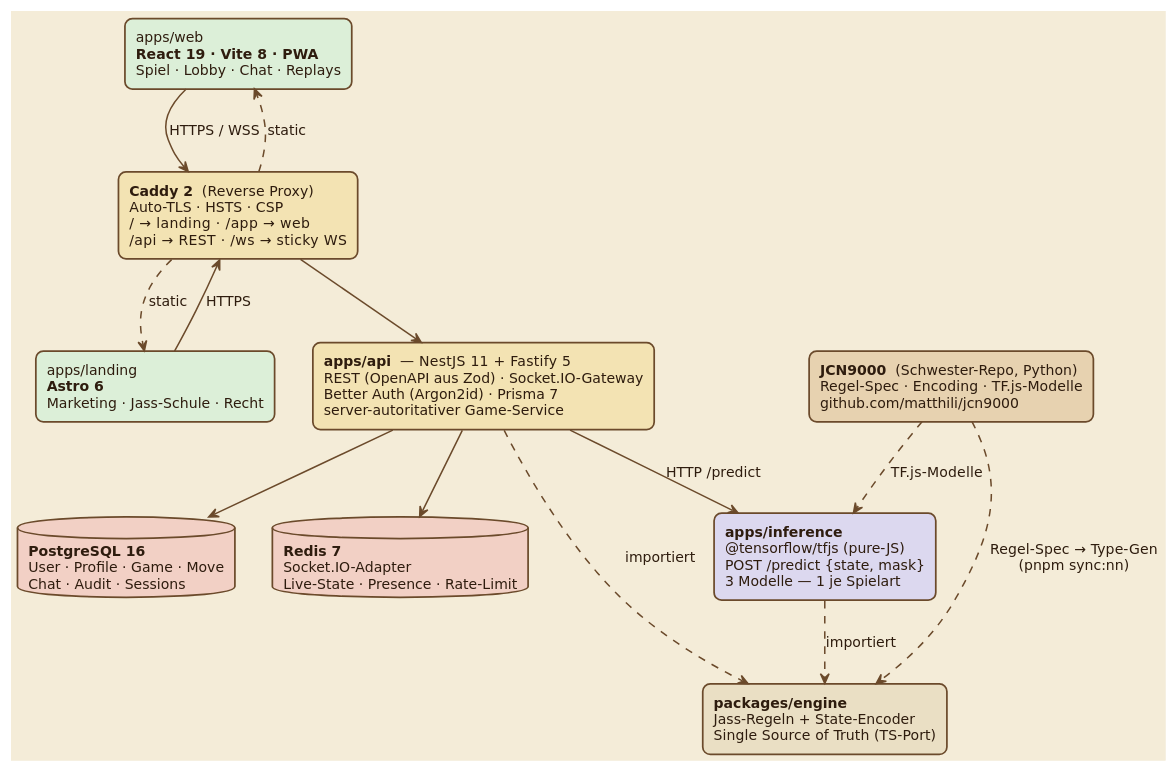
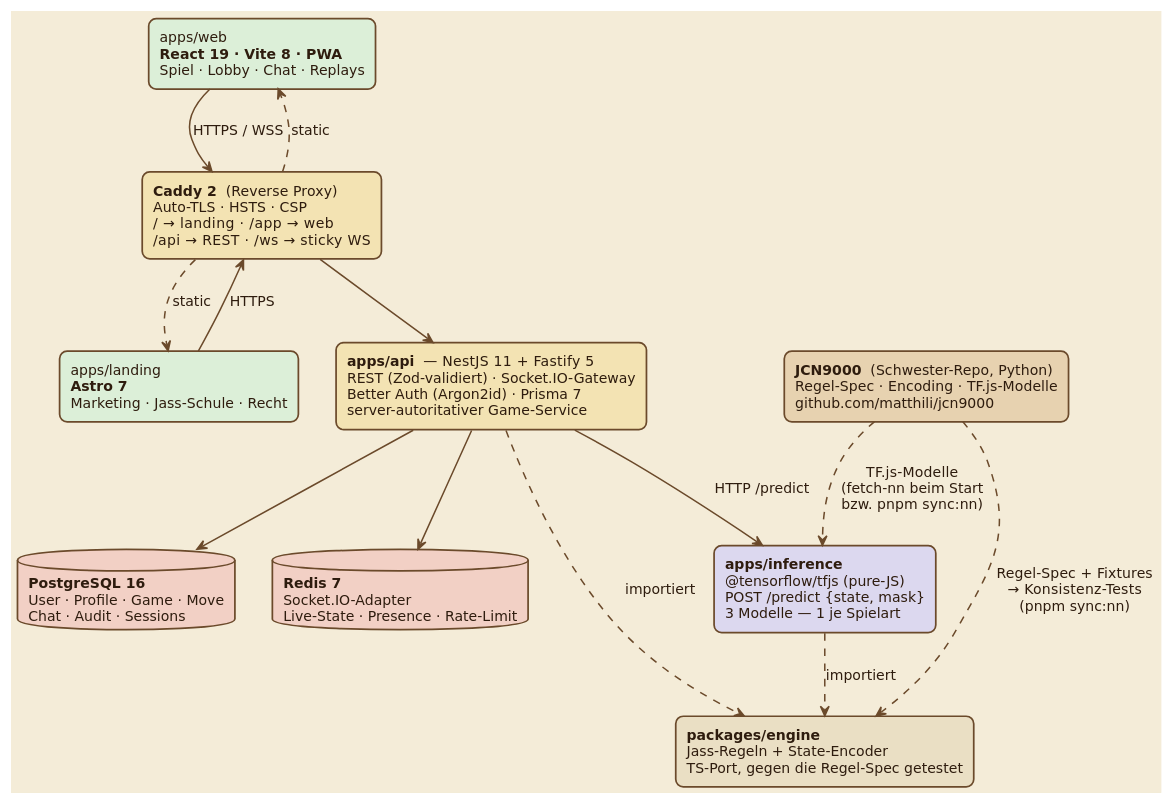
One commit to matthili/Heb_Ab-OpenSource_OnlineJass changed the diagram in assets/diagrams/architecture.puml. Above: the diagram before and after it, drawn with PlantUML. The commit also changed 22 other files, not shown here.

Commit message:
docs: Markdown-Doku und Diagramme mit dem Code abgeglichen und korrigiert

```diff
--- a/assets/diagrams/architecture.puml
+++ b/assets/diagrams/architecture.puml
@@ -1,53 +1,53 @@
 @startuml architecture
 ' Helle "Karte" mit dunkler Schrift/Linien — bewusst so, damit das PNG auf
 ' GitHub im HELL- und DUNKEL-Modus gleich gut lesbar ist (bringt seinen
 ' eigenen hellen Hintergrund mit, statt sich auf die Seitenfarbe zu verlassen).
 skinparam backgroundColor #F4ECD8
 skinparam shadowing false
 skinparam defaultFontName "DejaVu Sans"
 skinparam defaultFontColor #2E1C0E
 skinparam defaultFontSize 13
 skinparam ArrowColor #6B4A2B
 skinparam ArrowThickness 1.4
 skinparam ArrowFontColor #2E1C0E
 skinparam roundCorner 14
 skinparam rectangle {
   BorderColor #6B4A2B
   BorderThickness 1.6
   FontColor #2E1C0E
 }
 skinparam database {
   BorderColor #6B4A2B
   BorderThickness 1.6
   FontColor #2E1C0E
 }
 
 rectangle "apps/web\n<b>React 19 · Vite 8 · PWA</b>\nSpiel · Lobby · Chat · Replays" as web #DCEFD8
-rectangle "apps/landing\n<b>Astro 6</b>\nMarketing · Jass-Schule · Recht" as landing #DCEFD8
+rectangle "apps/landing\n<b>Astro 7</b>\nMarketing · Jass-Schule · Recht" as landing #DCEFD8
 
 rectangle "<b>Caddy 2</b>  (Reverse Proxy)\nAuto-TLS · HSTS · CSP\n/ → landing  ·  /app → web\n/api → REST  ·  /ws → sticky WS" as caddy #F3E3B3
 
-rectangle "<b>apps/api</b>  —  NestJS 11 + Fastify 5\nREST (OpenAPI aus Zod) · Socket.IO-Gateway\nBetter Auth (Argon2id) · Prisma 7\nserver-autoritativer Game-Service" as api #F3E3B3
+rectangle "<b>apps/api</b>  —  NestJS 11 + Fastify 5\nREST (Zod-validiert) · Socket.IO-Gateway\nBetter Auth (Argon2id) · Prisma 7\nserver-autoritativer Game-Service" as api #F3E3B3
 
 database "<b>PostgreSQL 16</b>\nUser · Profile · Game · Move\nChat · Audit · Sessions" as pg #F2D0C5
 database "<b>Redis 7</b>\nSocket.IO-Adapter\nLive-State · Presence · Rate-Limit" as redis #F2D0C5
 
 rectangle "<b>apps/inference</b>\n@tensorflow/tfjs (pure-JS)\nPOST /predict {state, mask}\n3 Modelle — 1 je Spielart" as inf #DCD8EF
 
-rectangle "<b>packages/engine</b>\nJass-Regeln + State-Encoder\nSingle Source of Truth (TS-Port)" as engine #EADFC4
+rectangle "<b>packages/engine</b>\nJass-Regeln + State-Encoder\nTS-Port, gegen die Regel-Spec getestet" as engine #EADFC4
 
 rectangle "<b>JCN9000</b>  (Schwester-Repo, Python)\nRegel-Spec · Encoding · TF.js-Modelle\ngithub.com/matthili/jcn9000" as nn #E7D2B0
 
 web --> caddy : HTTPS / WSS
 landing --> caddy : HTTPS
 caddy --> api
 caddy ..> web : static
 caddy ..> landing : static
 api --> pg
 api --> redis
 api --> inf : HTTP /predict
 api ..> engine : importiert
 inf ..> engine : importiert
-nn ..> engine : Regel-Spec → Type-Gen\n(pnpm sync:nn)
-nn ..> inf : TF.js-Modelle
+nn ..> engine : Regel-Spec + Fixtures\n→ Konsistenz-Tests\n(pnpm sync:nn)
+nn ..> inf : TF.js-Modelle\n(fetch-nn beim Start\nbzw. pnpm sync:nn)
 @enduml
```
